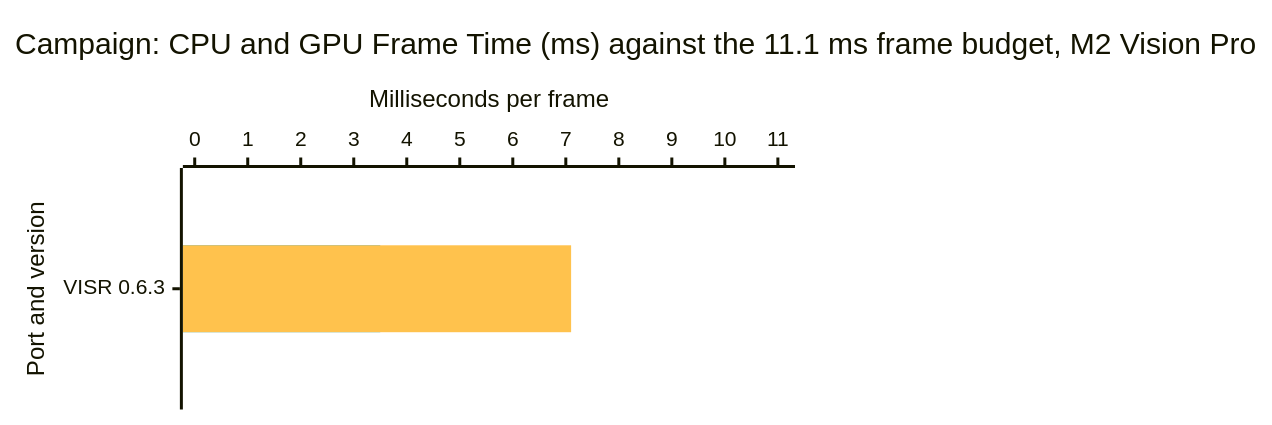
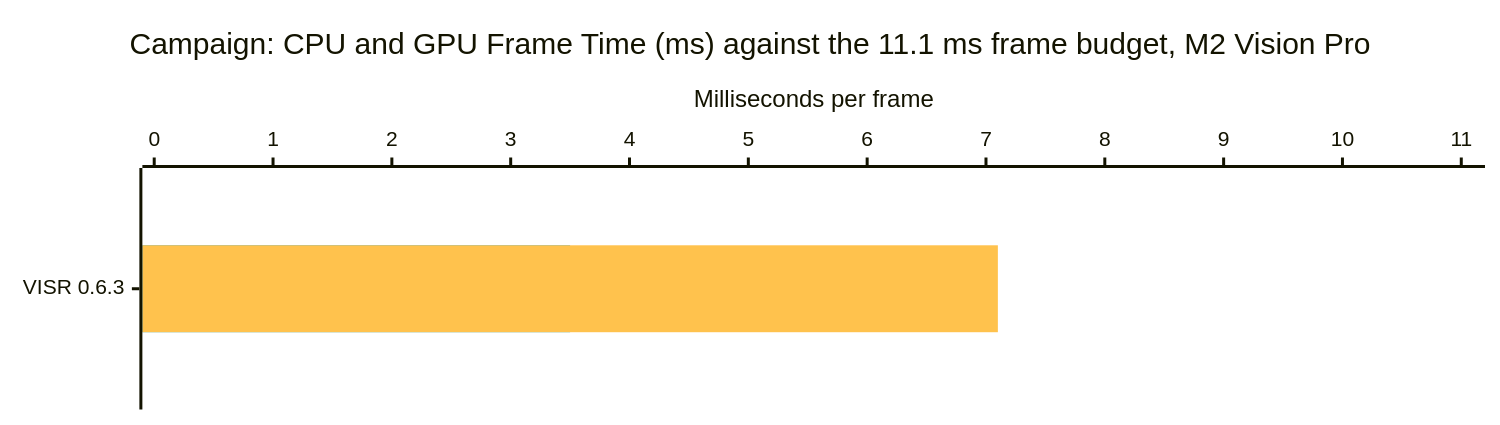
One commit to VISR-CE/visr changed the sixth of 7 diagrams in docs/benchmarks.md. Above: the diagram before and after it, drawn with Mermaid. The commit also changed other lines of this file and 5 other files, not shown here.

First line of the commit message:
💄 style(benchmarks): draw the Vision Pro chart in the home page visor shape — `GLASS_PATH` takes the visor outline with a gold rim, and the chart widens to fill it

````diff
--- a/docs/benchmarks.md
+++ b/docs/benchmarks.md
@@ -166,17 +166,17 @@
 ```mermaid
 ---
 config:
   xyChart:
-    width: 520
+    width: 980
     height: 263
   themeVariables:
     xyChart:
       plotColorPalette: "#1fa9d4, #ffc24d"
 ---
 xychart-beta horizontal
     title "Campaign: CPU and GPU Frame Time (ms) against the 11.1 ms frame budget, M2 Vision Pro"
-    x-axis "Port and version" ["VISR 0.6.3"]
+    x-axis "" ["VISR 0.6.3"]
     y-axis "Milliseconds per frame" 0 --> 11.1
     bar [3.5]
     bar [7.1]
 ```
````
